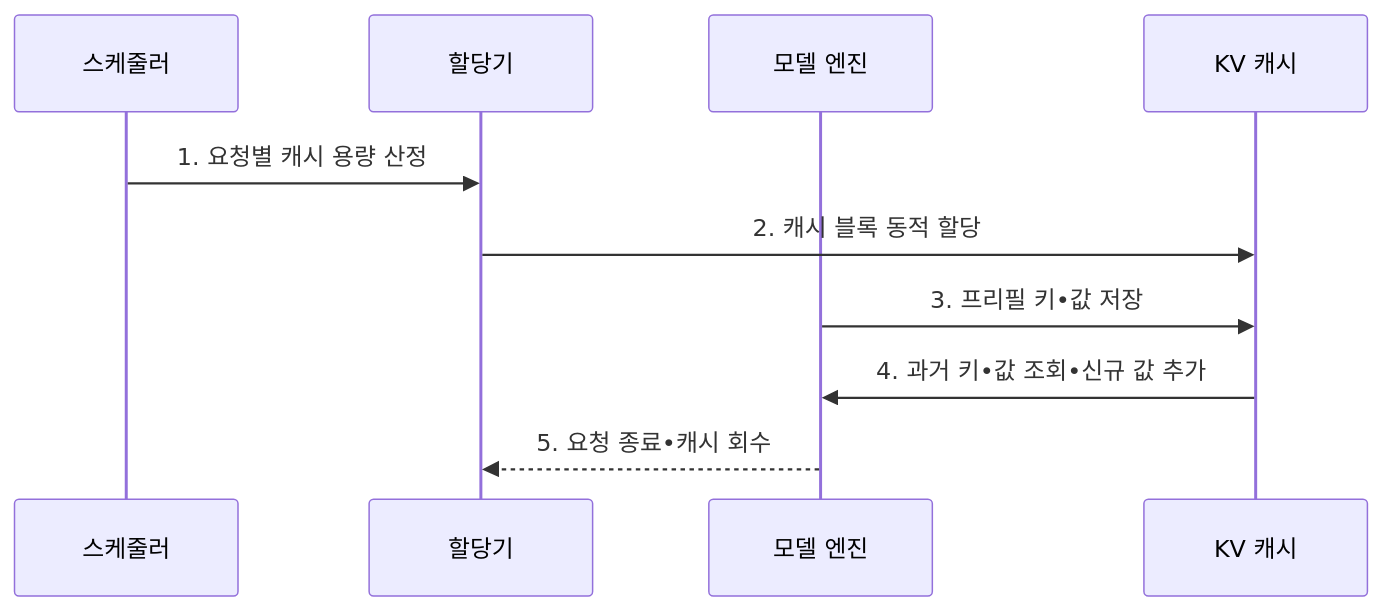
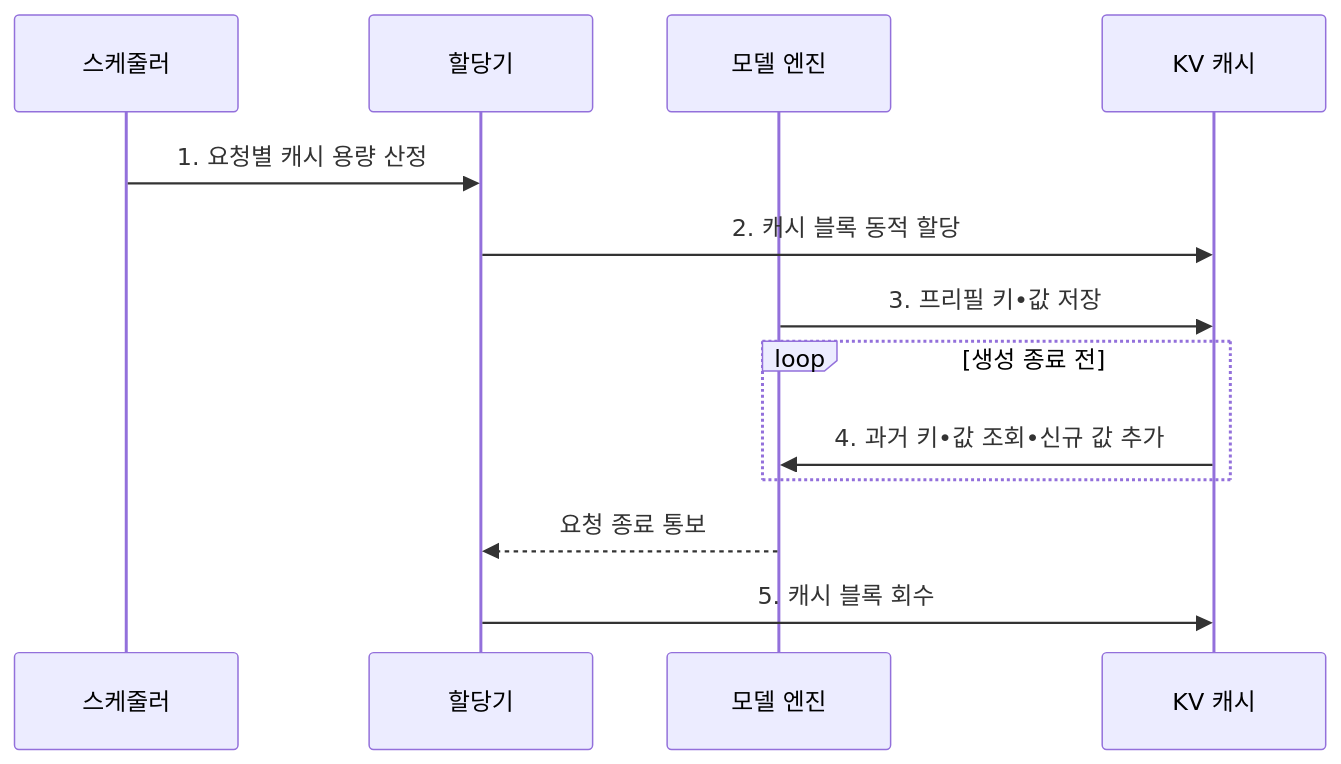
The second of 2 diagrams in src/content/docs/notes/08-latest-tech/044_kv_cache_optimization.md (agnusdei1207/knowledge-base), drawn with Mermaid before and after one commit. The commit also changed other lines of this file and 15 other files, not shown here.

````diff
--- a/src/content/docs/notes/08-latest-tech/044_kv_cache_optimization.md
+++ b/src/content/docs/notes/08-latest-tech/044_kv_cache_optimization.md
@@ -115,12 +115,15 @@
 ```mermaid
 sequenceDiagram
     participant S as 스케줄러
     participant A as 할당기
     participant M as 모델 엔진
     participant K as KV 캐시
     S->>A: 1. 요청별 캐시 용량 산정
     A->>K: 2. 캐시 블록 동적 할당
     M->>K: 3. 프리필 키•값 저장
-    K->>M: 4. 과거 키•값 조회•신규 값 추가
-    M-->>A: 5. 요청 종료•캐시 회수
+    loop 생성 종료 전
+        K->>M: 4. 과거 키•값 조회•신규 값 추가
+    end
+    M-->>A: 요청 종료 통보
+    A->>K: 5. 캐시 블록 회수
 ```
````
